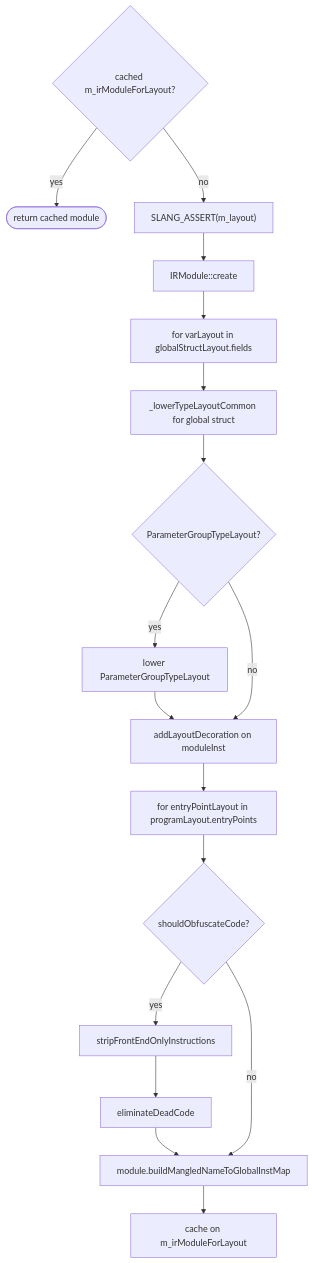
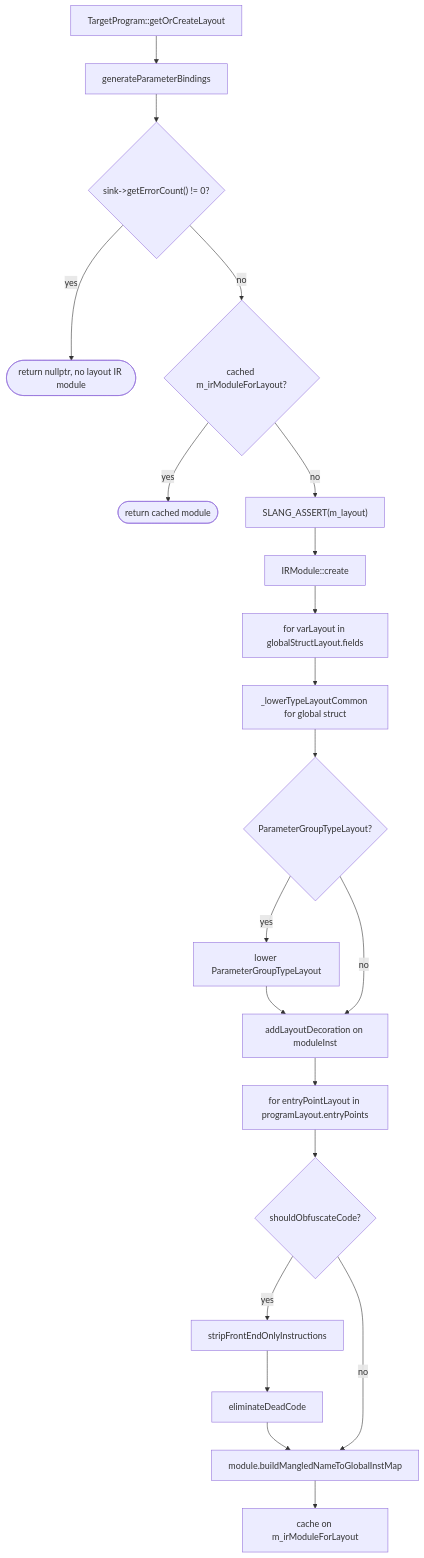
Before and after one commit to shader-slang/slang: the diagram in docs/generated/design/pipeline/04c-layout-ir.md, drawn with Mermaid. The commit also changed other lines of this file and 176 other files, not shown here.

````diff
--- a/docs/generated/design/pipeline/04c-layout-ir.md
+++ b/docs/generated/design/pipeline/04c-layout-ir.md
@@ -80,27 +307,34 @@
 ```mermaid
 flowchart TD
+  gol[TargetProgram::getOrCreateLayout]
+  gpb[generateParameterBindings]
+  errGate{"sink->getErrorCount() != 0?"}
+  bail([return nullptr, no layout IR module])
   cache{cached m_irModuleForLayout?}
   hit([return cached module])
   assertLayout["SLANG_ASSERT(m_layout)"]
   mc[IRModule::create]
   gpLoop["for varLayout in globalStructLayout.fields"]
   gstl[_lowerTypeLayoutCommon for global struct]
   pgGate{ParameterGroupTypeLayout?}
   pgBuilder["lower ParameterGroupTypeLayout"]
   modDec["addLayoutDecoration on moduleInst"]
   epLoop["for entryPointLayout in programLayout.entryPoints"]
   obfGate{shouldObfuscateCode?}
   strip[stripFrontEndOnlyInstructions]
   dce[eliminateDeadCode]
   bmn[module.buildMangledNameToGlobalInstMap]
   store[cache on m_irModuleForLayout]
 
+  gol --> gpb --> errGate
+  errGate -- yes --> bail
+  errGate -- no --> cache
   cache -- yes --> hit
   cache -- no --> assertLayout --> mc --> gpLoop --> gstl --> pgGate
   pgGate -- yes --> pgBuilder --> modDec
   pgGate -- no --> modDec
   modDec --> epLoop --> obfGate
   obfGate -- yes --> strip --> dce --> bmn
   obfGate -- no --> bmn
   bmn --> store
 ```
````
